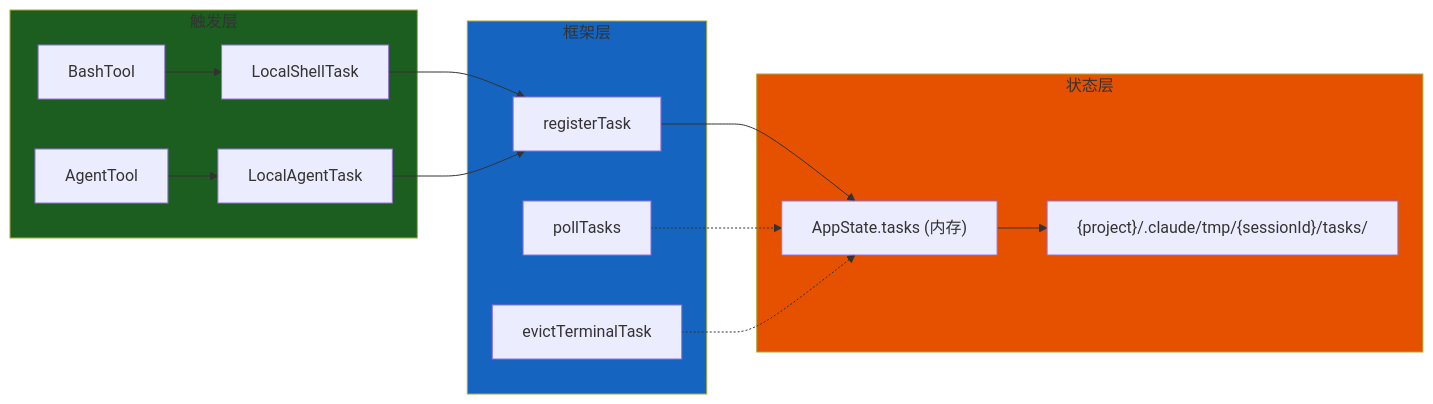
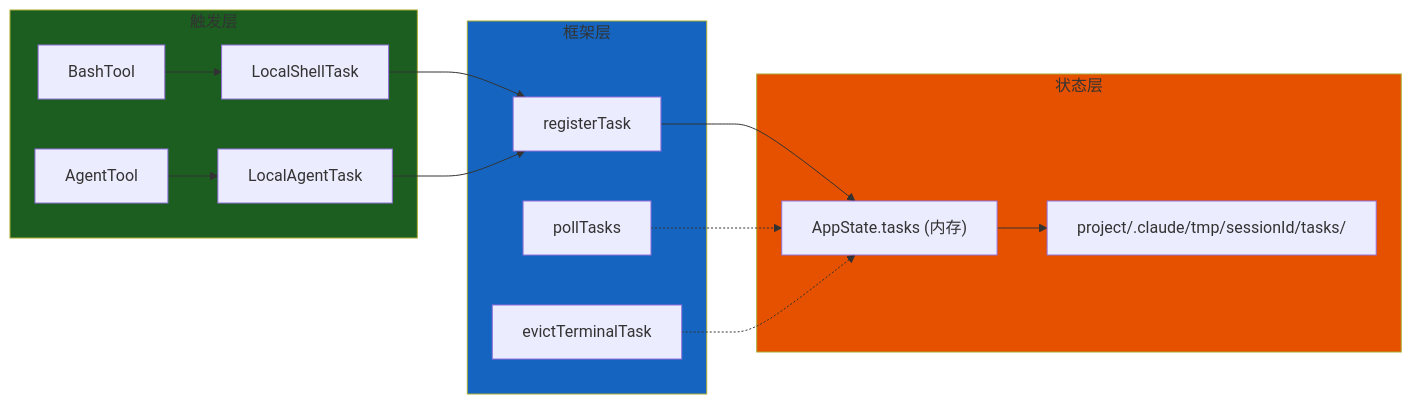
One commit to platootalp/harness-code changed the third of 16 diagrams in claude-code/docs/deep/TASK-SYSTEM.md. Above: the diagram before and after it, drawn with Mermaid. The commit also changed other lines of this file and 58 other files, not shown here.

````diff
--- a/claude-code/docs/deep/TASK-SYSTEM.md
+++ b/claude-code/docs/deep/TASK-SYSTEM.md
@@ -210,29 +210,29 @@
 ```mermaid
 flowchart LR
     subgraph 触发层
         BashTool --> LocalShellTask
         AgentTool --> LocalAgentTask
     end
 
     subgraph 框架层
         registerTask
         pollTasks
         evictTerminalTask
     end
 
     subgraph 状态层
         AppState.tasks["AppState.tasks (内存)"]
-        磁盘输出["{project}/.claude/tmp/{sessionId}/tasks/"]
+        磁盘输出["project/.claude/tmp/sessionId/tasks/"]
     end
 
     LocalShellTask --> registerTask
     LocalAgentTask --> registerTask
     registerTask --> AppState.tasks
     AppState.tasks --> 磁盘输出
     pollTasks -.-> AppState.tasks
     evictTerminalTask -.-> AppState.tasks
 
     style 触发层 fill:#1b5e20
     style 框架层 fill:#1565c0
     style 状态层 fill:#e65100
 ```
````
